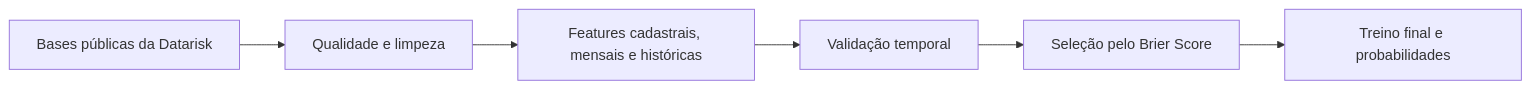
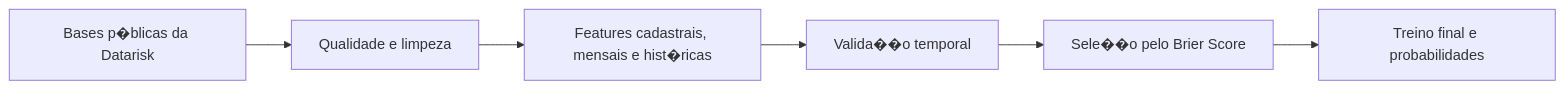
The diagram in README.md (rodricgk/datarisk-credit-risk-case), drawn with Mermaid before and after one commit. The commit also changed other lines of this file and 4 other files, not shown here.

````diff
--- a/README.md
+++ b/README.md
@@ -41,8 +44,8 @@
 ```mermaid
 flowchart LR
-    A["Bases públicas da Datarisk"] --> B["Qualidade e limpeza"]
-    B --> C["Features cadastrais, mensais e históricas"]
-    C --> D["Validação temporal"]
-    D --> E["Seleção pelo Brier Score"]
+    A["Bases p�blicas da Datarisk"] --> B["Qualidade e limpeza"]
+    B --> C["Features cadastrais, mensais e hist�ricas"]
+    C --> D["Valida��o temporal"]
+    D --> E["Sele��o pelo Brier Score"]
     E --> F["Treino final e probabilidades"]
 ```
````
